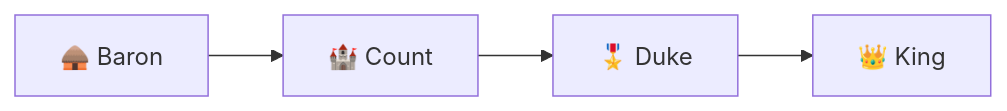
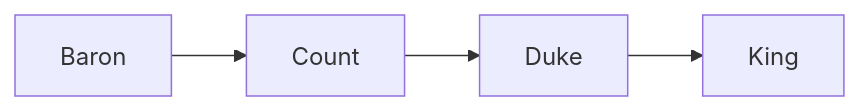
Before and after one commit to kroryan/Quartz-HispaniaBeta: the first of 2 diagrams in content/realm/Climbing the Ladder.md, drawn with Mermaid. The commit also changed other lines of this file and 35 other files, not shown here.

````diff
--- a/content/realm/Climbing the Ladder.md
+++ b/content/realm/Climbing the Ladder.md
@@ -16,6 +16,6 @@
 ```mermaid
 flowchart LR
-    B[🛖 Baron] --> C[🏰 Count]
-    C --> D[🎖️ Duke]
-    D --> K[👑 King]
+    B[Baron] --> C[Count]
+    C --> D[Duke]
+    D --> K[King]
 ```
````
